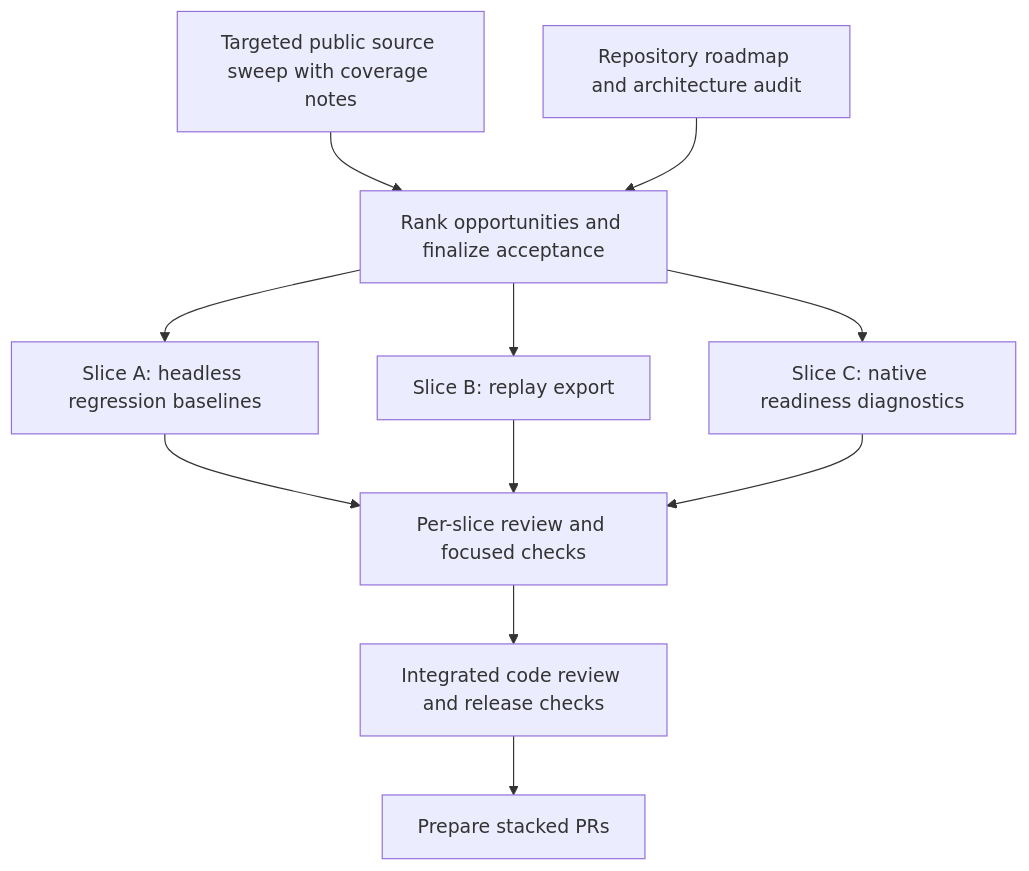
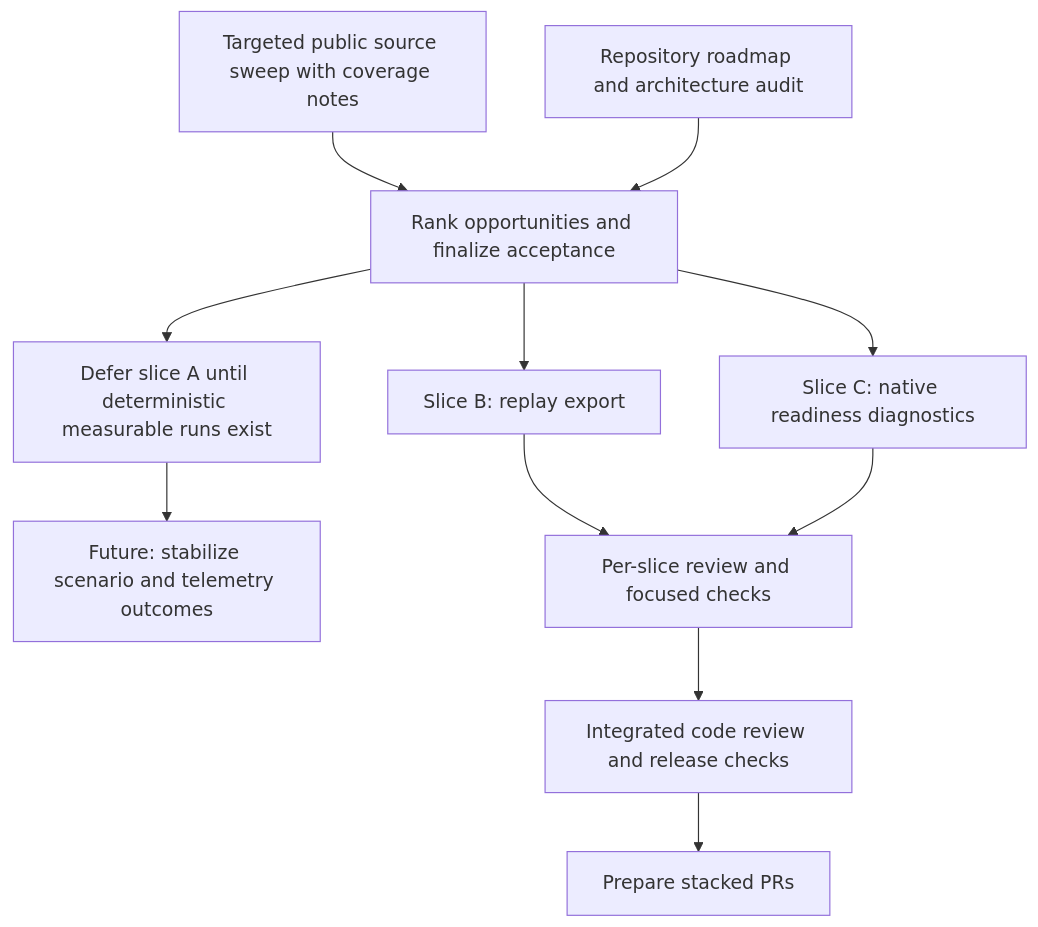
Before and after one commit to SYMBaiEX/OpenController: the diagram in docs/roadmap/ai-gaming-opportunities.md, drawn with Mermaid. The commit also changed other lines of this file, not shown here.

Commit message:
docs: defer unstable agent-fighter baseline metrics

````diff
--- a/docs/roadmap/ai-gaming-opportunities.md
+++ b/docs/roadmap/ai-gaming-opportunities.md
@@ -129,13 +137,13 @@
 ```mermaid
 flowchart TD
   A[Targeted public source sweep with coverage notes] --> C[Rank opportunities and finalize acceptance]
   B[Repository roadmap and architecture audit] --> C
-  C --> E[Slice A: headless regression baselines]
-  C --> F[Slice B: replay export]
-  C --> G[Slice C: native readiness diagnostics]
-  E --> H[Per-slice review and focused checks]
-  F --> H
-  G --> H
+  C --> D[Slice B: replay export]
+  C --> E[Slice C: native readiness diagnostics]
+  C --> F[Defer slice A until deterministic measurable runs exist]
+  F --> G[Future: stabilize scenario and telemetry outcomes]
+  D --> H[Per-slice review and focused checks]
+  E --> H
   H --> I[Integrated code review and release checks]
   I --> J[Prepare stacked PRs]
 ```
````
